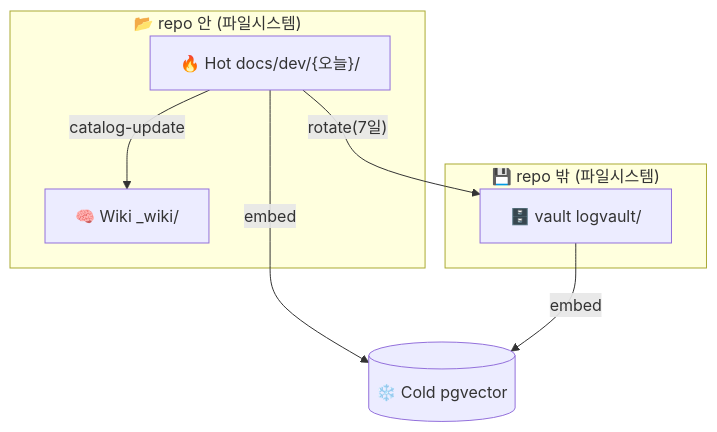
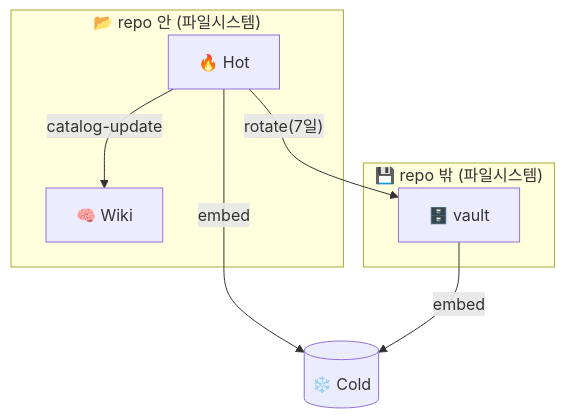
One commit to mzd-nrkim/loregist changed the second of 3 diagrams in README.md. Above: the diagram before and after it, drawn with Mermaid. The commit also changed other lines of this file, not shown here.

````diff
--- a/README.md
+++ b/README.md
@@ -31,16 +31,16 @@
 ```mermaid
 flowchart TB
     subgraph REPO["📂 repo 안 (파일시스템)"]
-        HOT["🔥 Hot  docs/dev/{오늘}/"]
-        WIKI["🧠 Wiki  _wiki/"]
+        HOT["🔥 Hot"]
+        WIKI["🧠 Wiki"]
     end
     subgraph OUTREPO["💾 repo 밖 (파일시스템)"]
-        VAULT["🗄️ vault  logvault/"]
+        VAULT["🗄️ vault"]
     end
-    DB[("❄️ Cold  pgvector")]
+    DB[("❄️ Cold")]
 
     HOT -->|"rotate(7일)"| VAULT
     HOT -->|embed| DB
     VAULT -->|embed| DB
     HOT -->|"catalog-update"| WIKI
 ```
````
